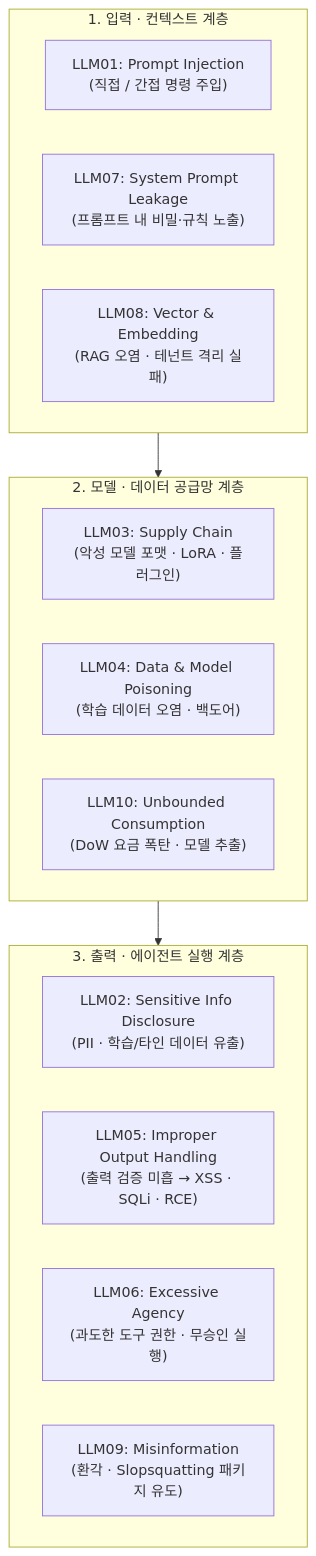
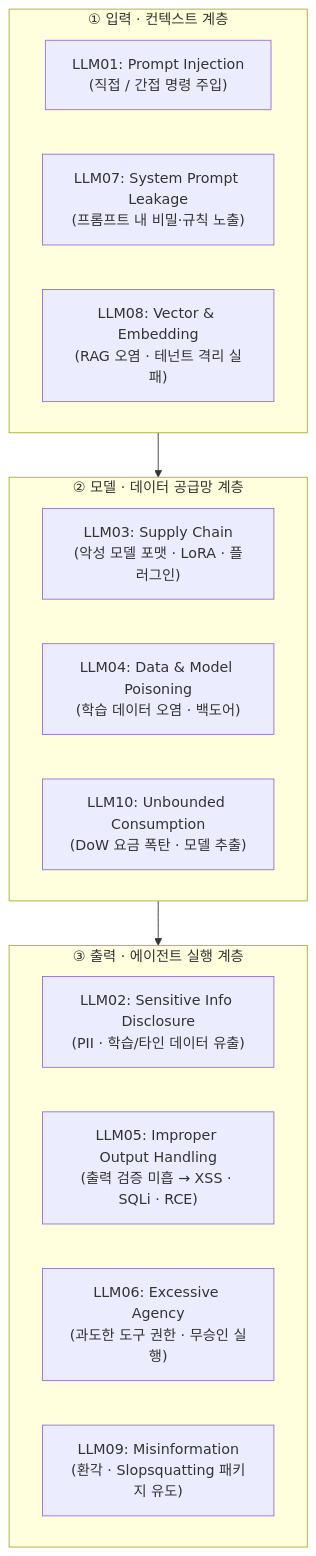
One commit to gooyong-sec/gooyong-sec.github.io changed the diagram in content/LLM/OWASP Top 10 for LLM 2025 심화 해설.md. Above: the diagram before and after it, drawn with Mermaid. The commit also changed 28 other files, not shown here.

First line of the commit message:
fix: eliminate remaining mermaid markdown-list misparse across all diagrams

````diff
--- a/content/LLM/OWASP Top 10 for LLM 2025 심화 해설.md
+++ b/content/LLM/OWASP Top 10 for LLM 2025 심화 해설.md
@@ -19,20 +19,20 @@
 ```mermaid
 flowchart TD
-    subgraph Input_RAG["1. 입력 · 컨텍스트 계층"]
+    subgraph Input_RAG["① 입력 · 컨텍스트 계층"]
         L01["LLM01: Prompt Injection<br/>(직접 / 간접 명령 주입)"]
         L07["LLM07: System Prompt Leakage<br/>(프롬프트 내 비밀·규칙 노출)"]
         L08["LLM08: Vector & Embedding<br/>(RAG 오염 · 테넌트 격리 실패)"]
     end
-    subgraph Model_Supply["2. 모델 · 데이터 공급망 계층"]
+    subgraph Model_Supply["② 모델 · 데이터 공급망 계층"]
         L03["LLM03: Supply Chain<br/>(악성 모델 포맷 · LoRA · 플러그인)"]
         L04["LLM04: Data & Model Poisoning<br/>(학습 데이터 오염 · 백도어)"]
         L10["LLM10: Unbounded Consumption<br/>(DoW 요금 폭탄 · 모델 추출)"]
     end
-    subgraph Output_Action["3. 출력 · 에이전트 실행 계층"]
+    subgraph Output_Action["③ 출력 · 에이전트 실행 계층"]
         L02["LLM02: Sensitive Info Disclosure<br/>(PII · 학습/타인 데이터 유출)"]
         L05["LLM05: Improper Output Handling<br/>(출력 검증 미흡 → XSS · SQLi · RCE)"]
         L06["LLM06: Excessive Agency<br/>(과도한 도구 권한 · 무승인 실행)"]
         L09["LLM09: Misinformation<br/>(환각 · Slopsquatting 패키지 유도)"]
     end
     Input_RAG --> Model_Supply --> Output_Action
 ```
````
